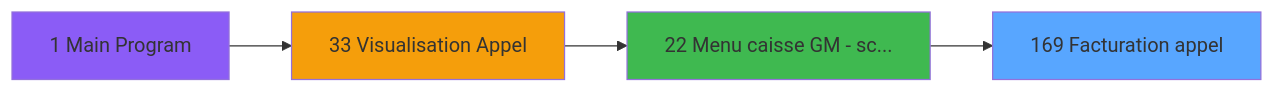
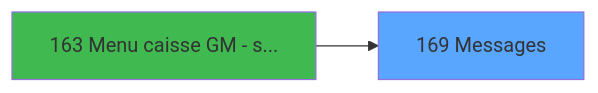
One commit to thonyAGP/lecteur-magic changed the second of 3 diagrams in .openspec/specs/ADH-IDE-169.md. Above: the diagram before and after it, drawn with Mermaid. The commit also changed other lines of this file and 493 other files, not shown here.

````diff
--- a/.openspec/specs/ADH-IDE-169.md
+++ b/.openspec/specs/ADH-IDE-169.md
@@ -366,14 +717,8 @@
 ```mermaid
 graph LR
-    T169[169 Facturation appel]
+    T169[169 Messages]
     style T169 fill:#58a6ff
-    CC1[1 Main Program]
-    style CC1 fill:#8b5cf6
-    CC33[33 Visualisation Appel]
-    style CC33 fill:#f59e0b
-    CC22[22 Menu caisse GM - sc...]
-    style CC22 fill:#3fb950
-    CC33 --> CC22
-    CC1 --> CC33
-    CC22 --> T169
+    CALLER163[163 Menu caisse GM - s...]
+    CALLER163 --> T169
+    style CALLER163 fill:#3fb950
 ```
````
